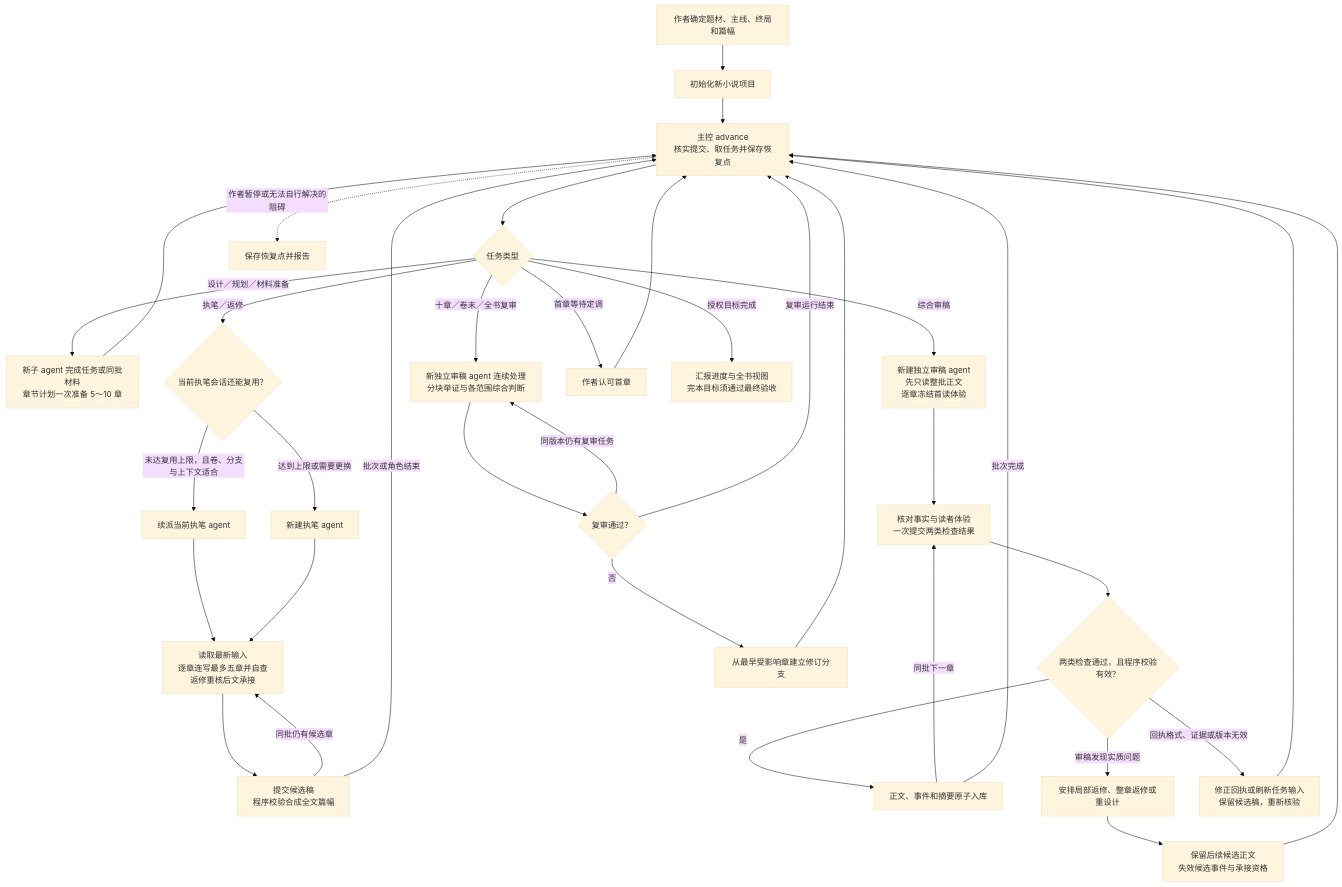
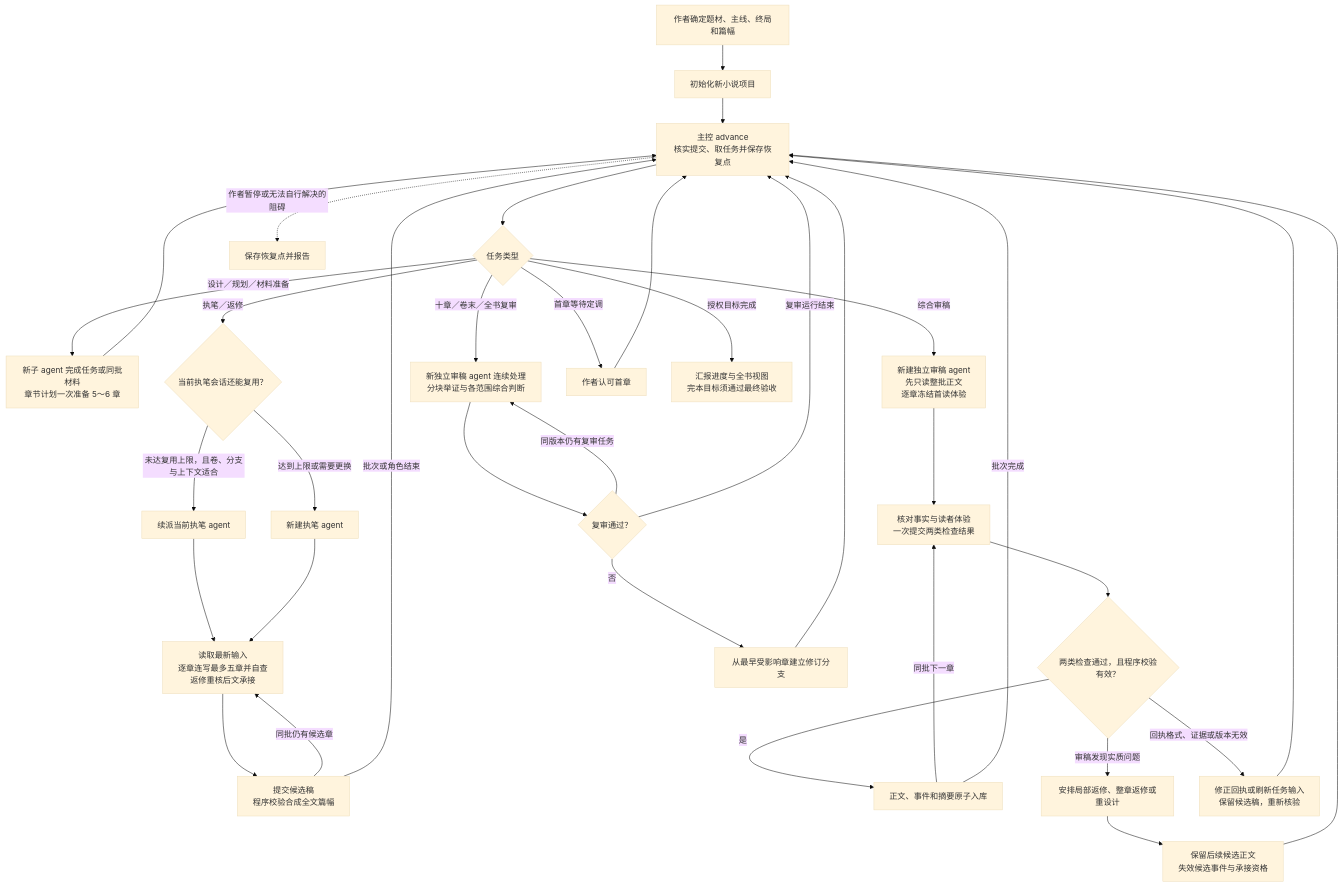
One commit to longwenid/novel-ledger-v2 changed the first of 2 diagrams in references/workflow.md. Above: the diagram before and after it, drawn with Mermaid (base theme). The commit also changed 5 other files, not shown here.

````diff
--- a/references/workflow.md
+++ b/references/workflow.md
@@ -10,45 +10,45 @@
 ```mermaid
 flowchart TD
     A["作者确定题材、主线、终局和篇幅"] --> B["初始化新小说项目"]
     B --> C["主控 advance<br/>核实提交、取任务并保存恢复点"]
 
     C --> D{"任务类型"}
 
-    D -->|"设计／规划／材料准备"| E["新子 agent 完成任务或同批材料<br/>章节计划一次准备 5～10 章"]
+    D -->|"设计／规划／材料准备"| E["新子 agent 完成任务或同批材料<br/>章节计划一次准备 5～6 章"]
     E --> C
 
     D -->|"执笔／返修"| F{"当前执笔会话还能复用？"}
     F -->|"未达复用上限，且卷、分支与上下文适合"| G["续派当前执笔 agent"]
     F -->|"达到上限或需要更换"| H["新建执笔 agent"]
     G --> I["读取最新输入<br/>逐章连写最多五章并自查<br/>返修重核后文承接"]
     H --> I
     I --> J["提交候选稿<br/>程序校验合成全文篇幅"]
     J -->|"同批仍有候选章"| I
     J -->|"批次或角色结束"| C
 
     D -->|"综合审稿"| K["新建独立审稿 agent<br/>先只读整批正文<br/>逐章冻结首读体验"]
     K --> L["核对事实与读者体验<br/>一次提交两类检查结果"]
     L --> M{"两类检查通过，且程序校验有效？"}
     M -->|"是"| N["正文、事件和摘要原子入库"]
     M -->|"审稿发现实质问题"| O["安排局部返修、整章返修或重设计"]
     M -->|"回执格式、证据或版本无效"| V["修正回执或刷新任务输入<br/>保留候选稿，重新核验"]
     N -->|"同批下一章"| L
     N -->|"批次完成"| C
     O --> W["保留后续候选正文<br/>失效候选事件与承接资格"]
     W --> C
     V --> C
 
     D -->|"十章／卷末／全书复审"| P["新独立审稿 agent 连续处理<br/>分块举证与各范围综合判断"]
     P --> Q{"复审通过？"}
     Q -->|"同版本仍有复审任务"| P
     Q -->|"复审运行结束"| C
     Q -->|"否"| R["从最早受影响章建立修订分支"]
     R --> C
 
     D -->|"首章等待定调"| S["作者认可首章"]
     S --> C
 
     D -->|"授权目标完成"| T["汇报进度与全书视图<br/>完本目标须通过最终验收"]
 
     C -.->|"作者暂停或无法自行解决的阻碍"| U["保存恢复点并报告"]
 ```
````
